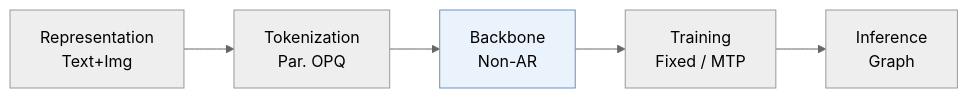
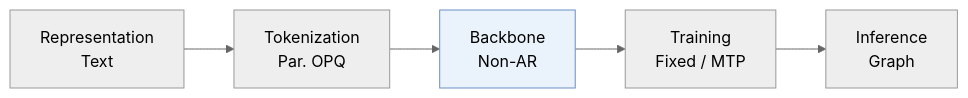
One commit to Galaxy-ghost/Awesome-SID-Generative-Rec changed the first of 3 diagrams in pages/papers/rpg.md. Above: the diagram before and after it, drawn with Mermaid (neutral theme). The commit also changed 18 other files, not shown here.

````diff
--- a/pages/papers/rpg.md
+++ b/pages/papers/rpg.md
@@ -11,6 +11,6 @@
 ```mermaid
 flowchart LR
-    R["Representation<br/>Text+Img"] --> T["Tokenization<br/>Par. OPQ"] --> B["Backbone<br/>Non-AR"] --> TR["Training<br/>Fixed / MTP"] --> I["Inference<br/>Graph"]
+    R["Representation<br/>Text"] --> T["Tokenization<br/>Par. OPQ"] --> B["Backbone<br/>Non-AR"] --> TR["Training<br/>Fixed / MTP"] --> I["Inference<br/>Graph"]
     classDef main fill:#eaf2fb,stroke:#6b8fc7
     class B main
 ```
````
